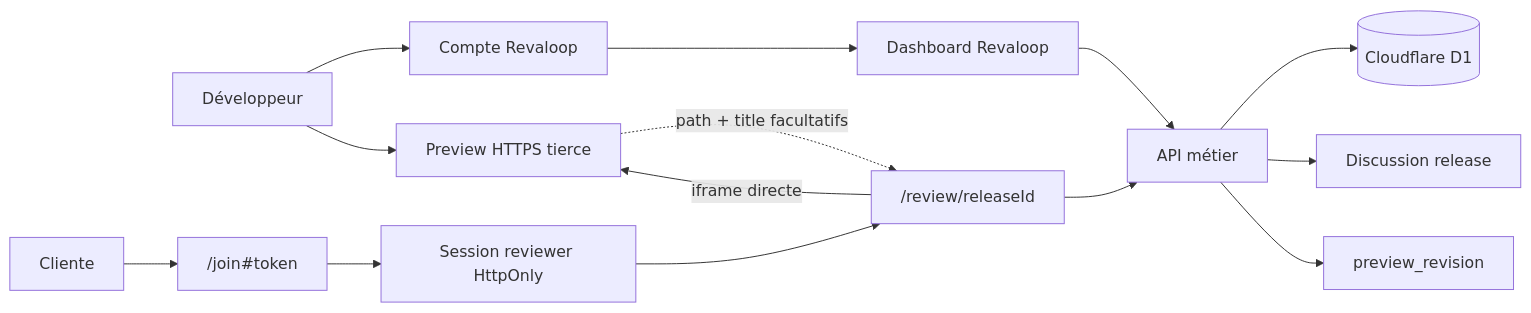
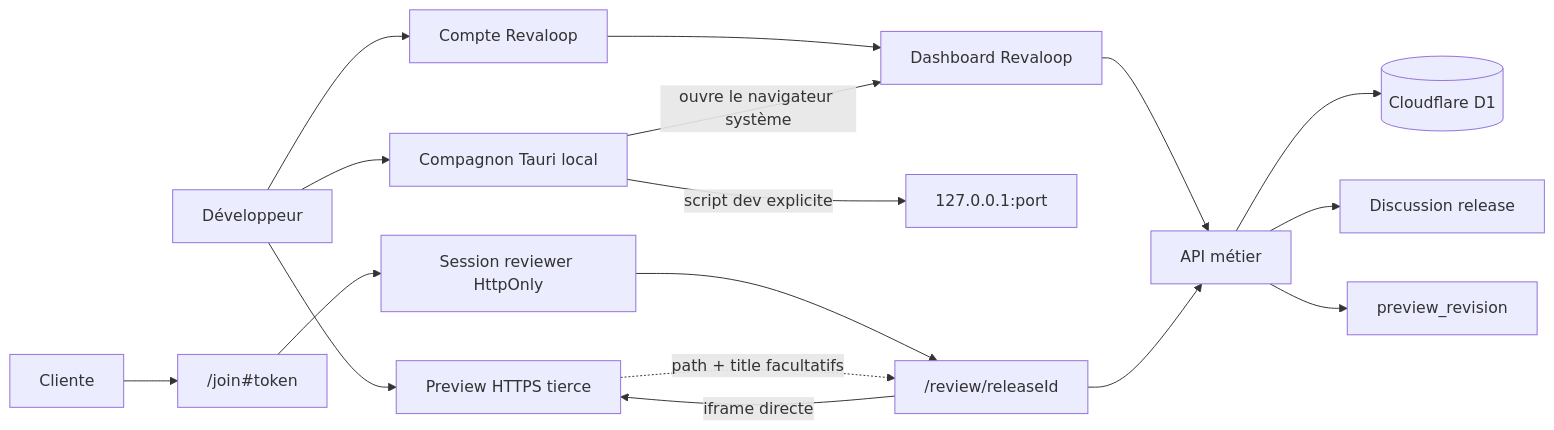
One commit to rfielbal/Revaloop changed the first of 3 diagrams in docs/ARCHITECTURE.md. Above: the diagram before and after it, drawn with Mermaid. The commit also changed other lines of this file and 54 other files, not shown here.

Commit message:
Ajoute le compagnon desktop sécurisé pour piloter les projets locaux

````diff
--- a/docs/ARCHITECTURE.md
+++ b/docs/ARCHITECTURE.md
@@ -20,18 +22,21 @@
 ```mermaid
 flowchart LR
     dev["Développeur"] --> auth["Compte Revaloop"]
     auth --> dashboard["Dashboard Revaloop"]
     dashboard --> api["API métier"]
 
     dev --> preview["Preview HTTPS tierce"]
+    dev --> desktop["Compagnon Tauri local"]
+    desktop -->|"ouvre le navigateur système"| dashboard
+    desktop -->|"script dev explicite"| local["127.0.0.1:port"]
     api --> d1[("Cloudflare D1")]
 
     client["Cliente"] --> join["/join#token"]
     join --> session["Session reviewer HttpOnly"]
     session --> review["/review/releaseId"]
     review --> api
     review -->|"iframe directe"| preview
     preview -. "path + title facultatifs" .-> review
     api --> messages["Discussion release"]
     api --> revision["preview_revision"]
 ```
````
